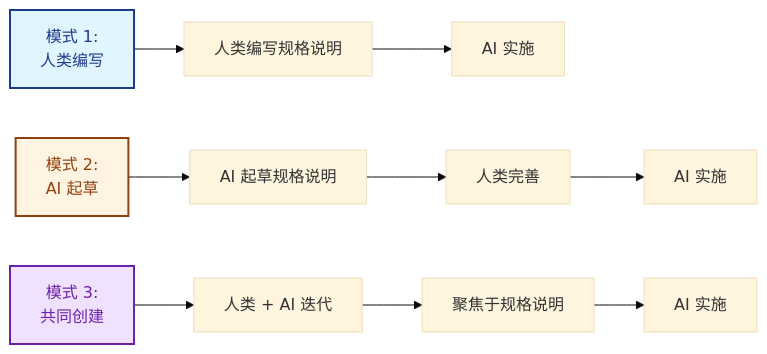
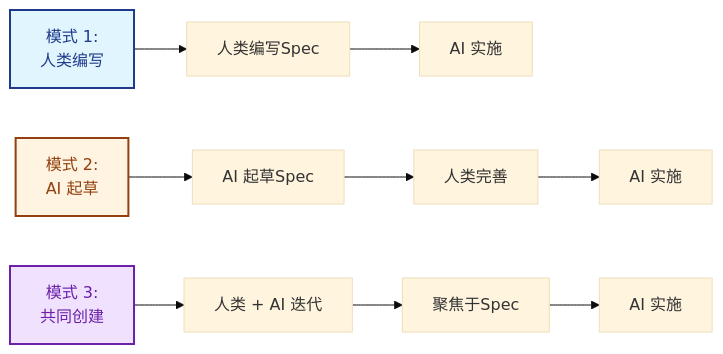
One commit to codervisor/lean-spec-docs changed the first of 4 diagrams in i18n/zh-Hans/docusaurus-plugin-content-docs/current/advanced/ai-assisted-spec-writing.mdx. Above: the diagram before and after it, drawn with Mermaid (base theme). The commit also changed other lines of this file and 42 other files, not shown here.

````diff
--- a/i18n/zh-Hans/docusaurus-plugin-content-docs/current/advanced/ai-assisted-spec-writing.mdx
+++ b/i18n/zh-Hans/docusaurus-plugin-content-docs/current/advanced/ai-assisted-spec-writing.mdx
@@ -11,19 +11,19 @@
 ```mermaid
 graph LR
-    A[模式 1:<br/>人类编写] --> B[人类编写规格说明]
+    A[模式 1:<br/>人类编写] --> B[人类编写Spec]
     B --> C[AI 实施]
     
-    D[模式 2:<br/>AI 起草] --> E[AI 起草规格说明]
+    D[模式 2:<br/>AI 起草] --> E[AI 起草Spec]
     E --> F[人类完善]
     F --> G[AI 实施]
     
     H[模式 3:<br/>共同创建] --> I[人类 + AI 迭代]
-    I --> J[聚焦于规格说明]
+    I --> J[聚焦于Spec]
     J --> K[AI 实施]
     
     style A fill:#e1f5ff,stroke:#1e3a8a,stroke-width:2px,color:#1e3a8a
     style D fill:#fff4e1,stroke:#92400e,stroke-width:2px,color:#92400e
     style H fill:#f0e1ff,stroke:#6b21a8,stroke-width:2px,color:#6b21a8
     
     linkStyle default stroke-width:1px
 ```
````
